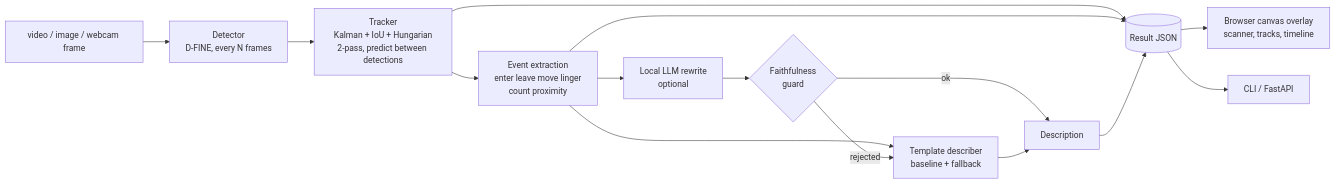
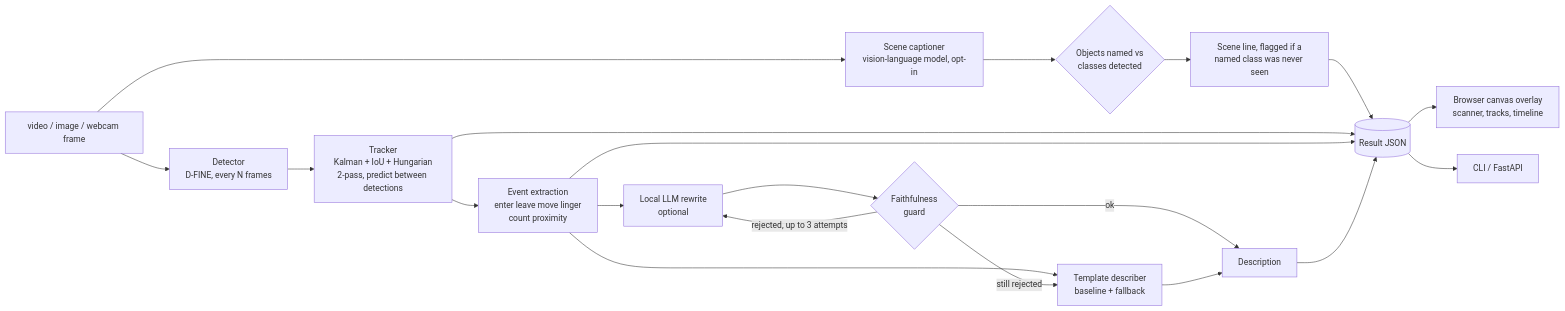
The diagram in README.md (Aditya2616/VisionLens), drawn with Mermaid before and after one commit. The commit also changed other lines of this file and 39 other files, not shown here.

Commit message:
Add the opt-in scene captioner with an evaluation; regenerate-on-rejection rewrite with readability comparison; choose defaults by evidence; re-record demos

````diff
--- a/README.md
+++ b/README.md
@@ -43,17 +48,22 @@
 ```mermaid
 flowchart LR
   V[video / image / webcam frame] --> D[Detector<br/>D-FINE, every N frames]
   D --> T[Tracker<br/>Kalman + IoU + Hungarian<br/>2-pass, predict between detections]
   T --> E[Event extraction<br/>enter leave move linger<br/>count proximity]
   E --> TP[Template describer<br/>baseline + fallback]
   E --> L[Local LLM rewrite<br/>optional]
   L --> G{Faithfulness<br/>guard}
   G -- ok --> O[Description]
-  G -- rejected --> TP
+  G -- rejected, up to 3 attempts --> L
+  G -- still rejected --> TP
   TP --> O
+  V --> VLM[Scene captioner<br/>vision-language model, opt-in]
+  VLM --> X{Objects named vs<br/>classes detected}
+  X --> S[Scene line, flagged if a<br/>named class was never seen]
+  S --> R
   T --> R[(Result JSON)]
   E --> R
   O --> R
   R --> UI[Browser canvas overlay<br/>scanner, tracks, timeline]
   R --> CLI[CLI / FastAPI]
 ```
````
